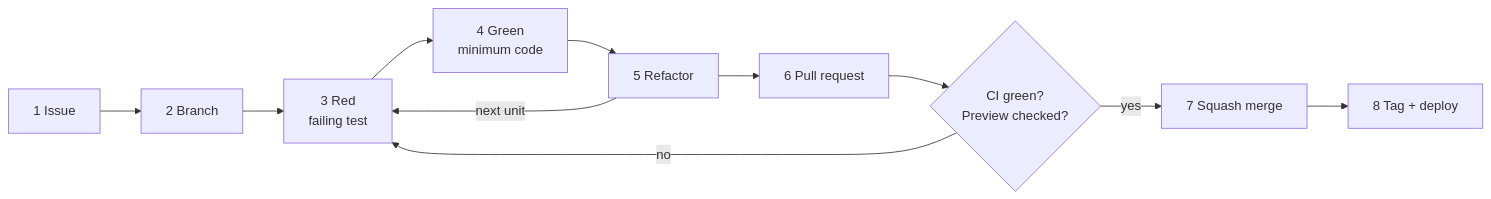
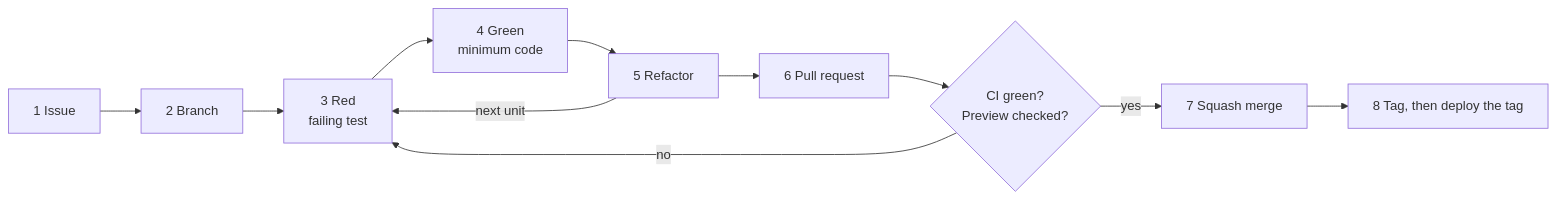
The diagram in standards/workflow.md (qiheme/handbook), drawn with Mermaid before and after one commit. The commit also changed other lines of this file and 9 other files, not shown here.

First line of the commit message:
docs(ci-cd): tag every merge and deploy production only from the tag (#7) (#8)

````diff
--- a/standards/workflow.md
+++ b/standards/workflow.md
@@ -5,13 +5,13 @@
 ```mermaid
 flowchart LR
     issue["1 Issue"] --> branch["2 Branch"]
     branch --> red["3 Red<br/>failing test"]
     red --> green["4 Green<br/>minimum code"]
     green --> refactor["5 Refactor"]
     refactor -->|"next unit"| red
     refactor --> pr["6 Pull request"]
     pr --> ci{"CI green?<br/>Preview checked?"}
     ci -->|no| red
     ci -->|yes| merge["7 Squash merge"]
-    merge --> release["8 Tag + deploy"]
+    merge --> release["8 Tag, then deploy the tag"]
 ```
````
